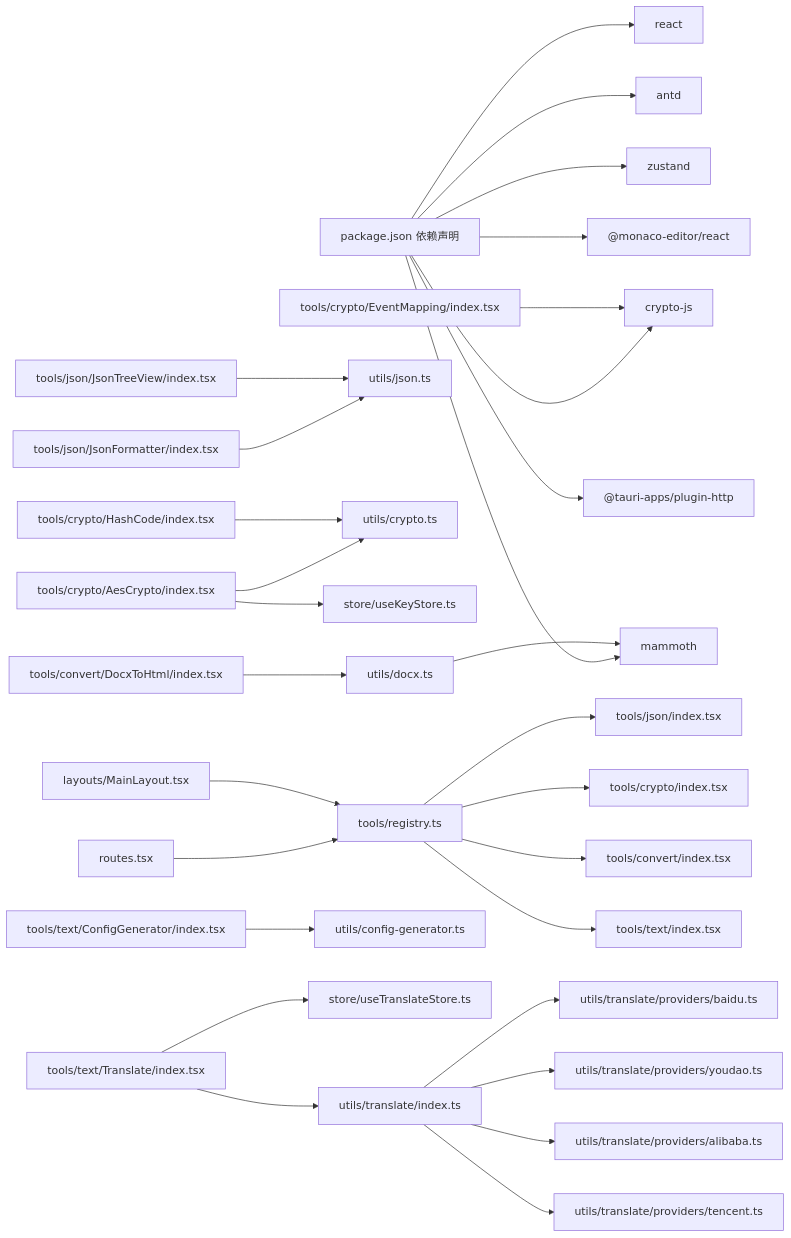
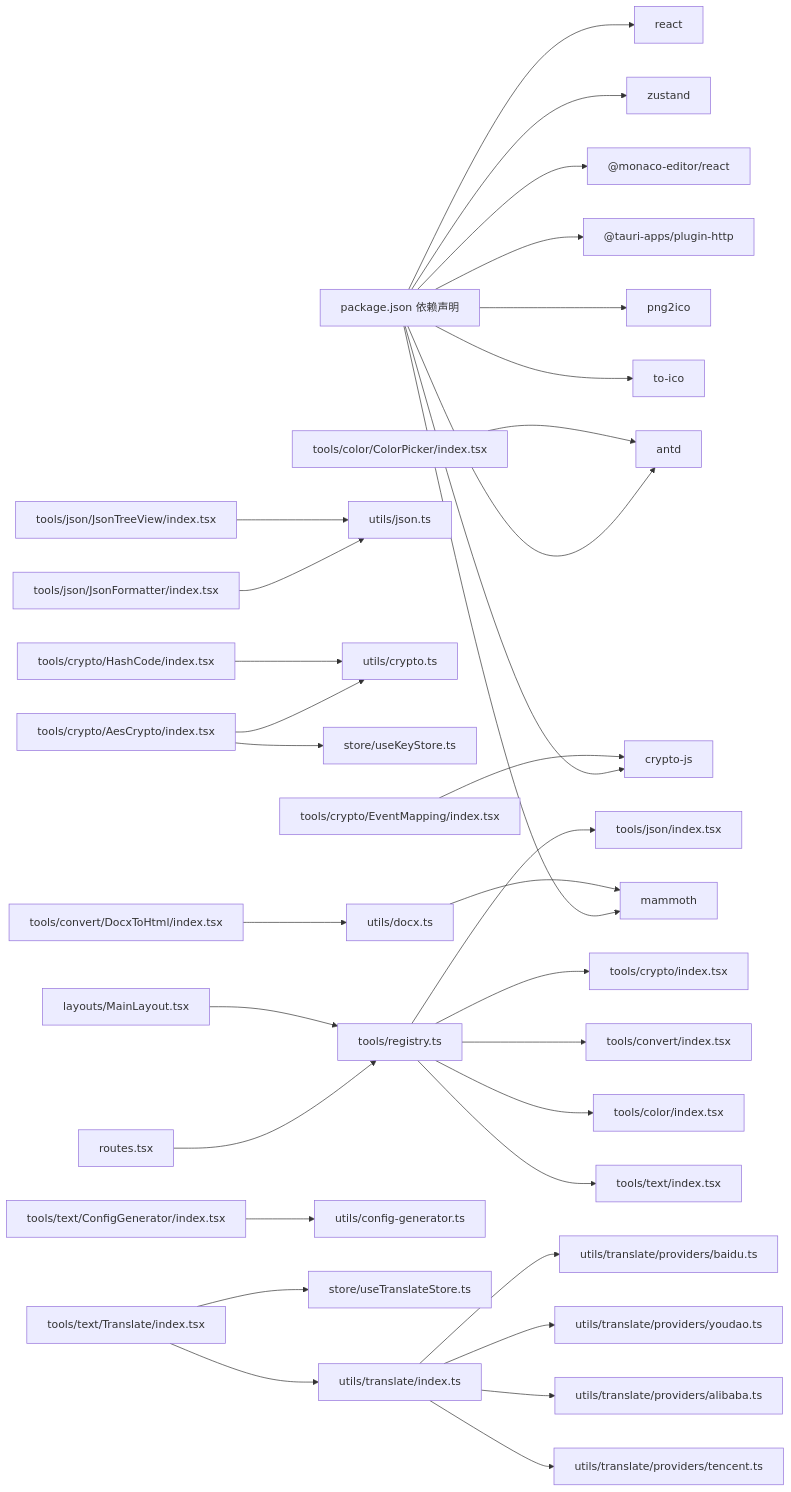
Before and after one commit to xkdaq/XKUtil: diagram 12 of 12 in .qoder/repowiki/zh/content/工具系统/工具系统.md, drawn with Mermaid. The commit also changed other lines of this file and 7 other files, not shown here.

````diff
--- a/.qoder/repowiki/zh/content/工具系统/工具系统.md
+++ b/.qoder/repowiki/zh/content/工具系统/工具系统.md
@@ -532,31 +579,35 @@
 ```mermaid
 graph LR
 Package["package.json 依赖声明"] --> React["react"]
 Package --> Antd["antd"]
 Package --> CryptoJS["crypto-js"]
 Package --> Zustand["zustand"]
 Package --> Monaco["@monaco-editor/react"]
 Package --> TauriHttp["@tauri-apps/plugin-http"]
 Package --> Mammoth["mammoth"]
+Package --> Png2Ico["png2ico"]
+Package --> ToIco["to-ico"]
 Registry["tools/registry.ts"] --> JsonTools["tools/json/index.tsx"]
 Registry --> CryptoTools["tools/crypto/index.tsx"]
 Registry --> ConvertTools["tools/convert/index.tsx"]
+Registry --> ColorTools["tools/color/index.tsx"]
 Registry --> TextTools["tools/text/index.tsx"]
 Routes["routes.tsx"] --> Registry
 Layout["layouts/MainLayout.tsx"] --> Registry
 JsonFormatter["tools/json/JsonFormatter/index.tsx"] --> JsonUtils["utils/json.ts"]
 JsonTreeView["tools/json/JsonTreeView/index.tsx"] --> JsonUtils
 AesCrypto["tools/crypto/AesCrypto/index.tsx"] --> CryptoUtils["utils/crypto.ts"]
 AesCrypto --> KeyStore["store/useKeyStore.ts"]
 HashCode["tools/crypto/HashCode/index.tsx"] --> CryptoUtils
 EventMapping["tools/crypto/EventMapping/index.tsx"] --> CryptoJS
 ConvertDocx["tools/convert/DocxToHtml/index.tsx"] --> DocxUtils["utils/docx.ts"]
 DocxUtils --> Mammoth
+ColorPicker["tools/color/ColorPicker/index.tsx"] --> Antd
 ConfigGenerator["tools/text/ConfigGenerator/index.tsx"] --> ConfigUtils["utils/config-generator.ts"]
 Translate["tools/text/Translate/index.tsx"] --> TranslateStore["store/useTranslateStore.ts"]
 Translate --> TranslateIndex["utils/translate/index.ts"]
 TranslateIndex --> BaiduProvider["utils/translate/providers/baidu.ts"]
 TranslateIndex --> YoudaoProvider["utils/translate/providers/youdao.ts"]
 TranslateIndex --> AlibabaProvider["utils/translate/providers/alibaba.ts"]
 TranslateIndex --> TencentProvider["utils/translate/providers/tencent.ts"]
 ```
````
